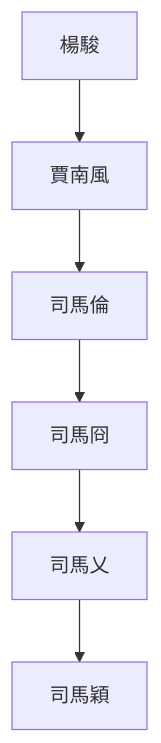
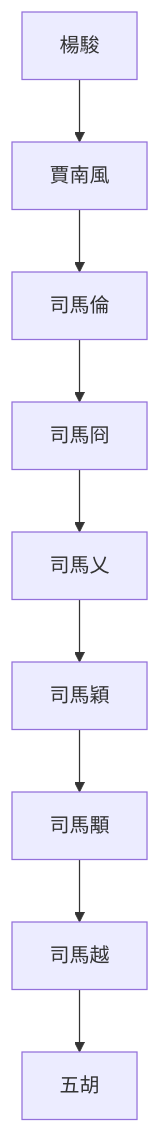
Before and after one commit to gamefang/zizhitongjian: the second of 2 diagrams in 3_專項研究/3.1_時代/西晉/八王之亂始末.md, drawn with Mermaid. The commit also changed other lines of this file and 11 other files, not shown here.

````diff
--- a/3_專項研究/3.1_時代/西晉/八王之亂始末.md
+++ b/3_專項研究/3.1_時代/西晉/八王之亂始末.md
@@ -105,9 +130,12 @@
 ```mermaid
 graph TB
 
 楊駿-->賈南風
 賈南風-->司馬倫
 司馬倫-->司馬冏
 司馬冏-->司馬乂
 司馬乂-->司馬穎
+司馬穎-->司馬顒
+司馬顒-->司馬越
+司馬越-->五胡
 ```
````
